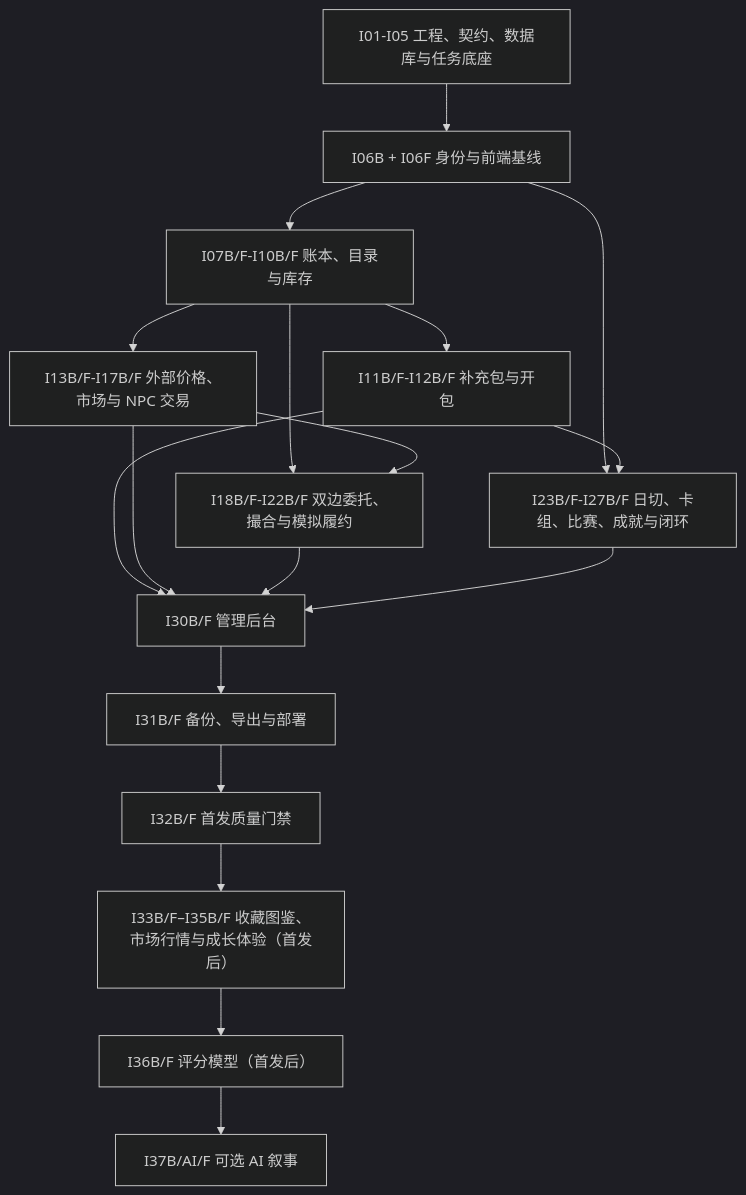
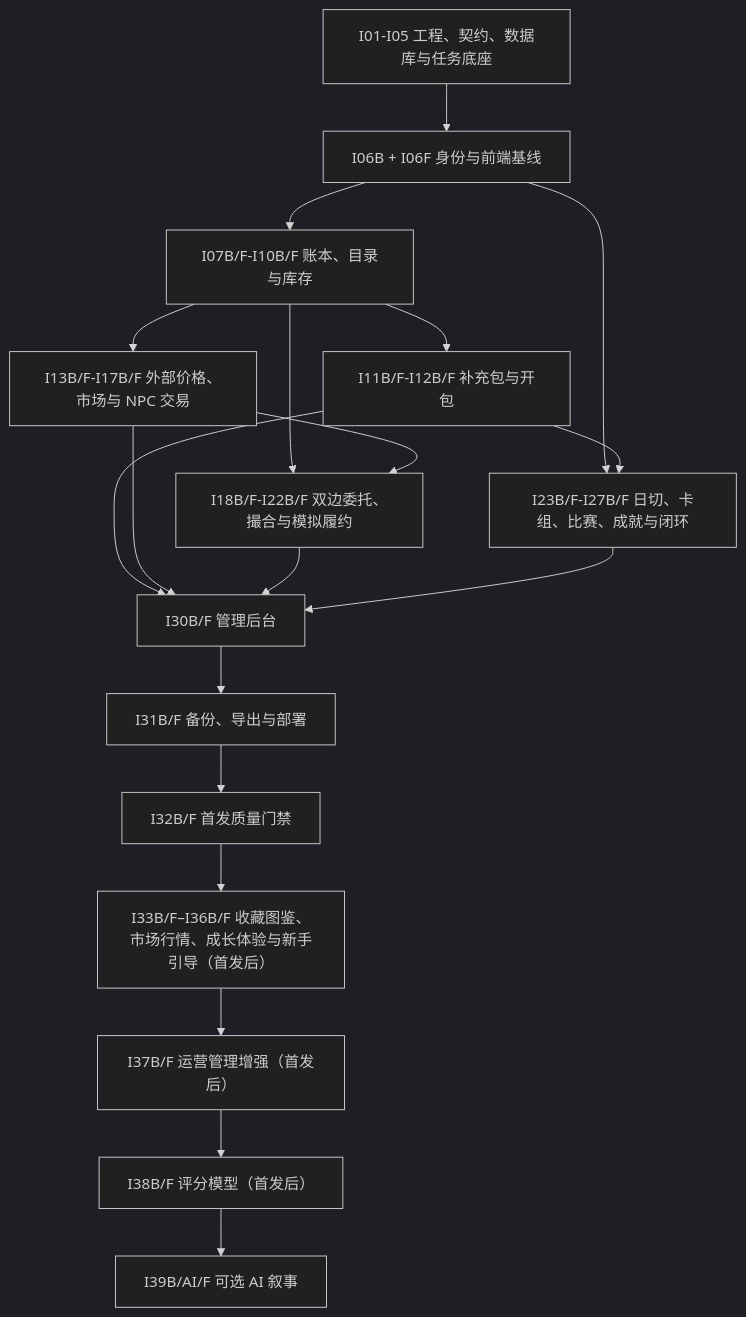
The diagram in 完整项目迭代实施计划与检查清单.md (Xu-Morgen/mtgMarketSimulater), drawn with Mermaid (dark theme) before and after one commit. The commit also changed other lines of this file, not shown here.

````diff
--- a/完整项目迭代实施计划与检查清单.md
+++ b/完整项目迭代实施计划与检查清单.md
@@ -20,20 +20,21 @@
 ```mermaid
 flowchart TD
   A[I01-I05 工程、契约、数据库与任务底座] --> B[I06B + I06F 身份与前端基线]
   B --> B2[I07B/F-I10B/F 账本、目录与库存]
   B2 --> C[I11B/F-I12B/F 补充包与开包]
   B2 --> D[I13B/F-I17B/F 外部价格、市场与 NPC 交易]
   B2 --> E[I18B/F-I22B/F 双边委托、撮合与模拟履约]
   D --> E
   B --> F[I23B/F-I27B/F 日切、卡组、比赛、成就与闭环]
   C --> F
   C --> H[I30B/F 管理后台]
   D --> H
   E --> H
   F --> H
   H --> I[I31B/F 备份、导出与部署]
   I --> J[I32B/F 首发质量门禁]
-  J --> M[I33B/F–I35B/F 收藏图鉴、市场行情与成长体验（首发后）]
-  M --> K[I36B/F 评分模型（首发后）]
-  K --> L[I37B/AI/F 可选 AI 叙事]
+  J --> M[I33B/F–I36B/F 收藏图鉴、市场行情、成长体验与新手引导（首发后）]
+  M --> N[I37B/F 运营管理增强（首发后）]
+  N --> K[I38B/F 评分模型（首发后）]
+  K --> L[I39B/AI/F 可选 AI 叙事]
 ```
````
